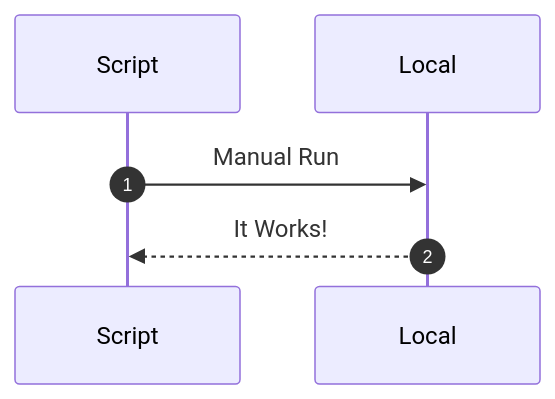
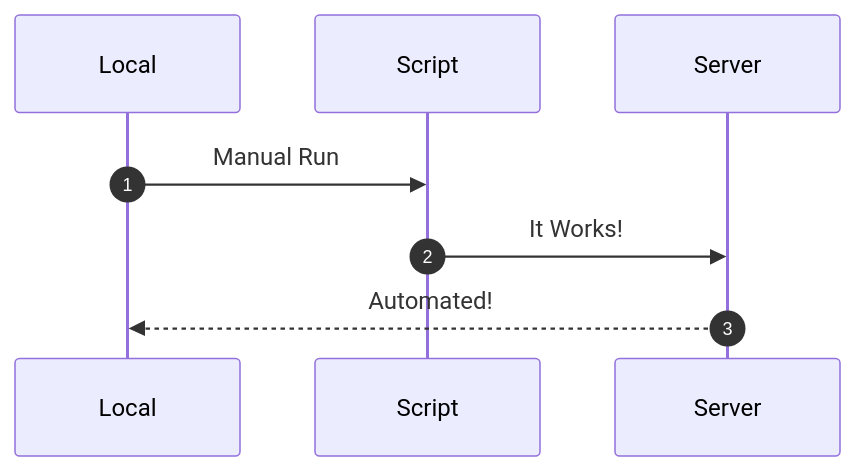
Before and after one commit to imjoseangel/sandbox: the diagram in doc/automation.md, drawn with Mermaid. The commit also changed other lines of this file, not shown here.

Commit message:
add remote

````diff
--- a/doc/automation.md
+++ b/doc/automation.md
@@ -35,6 +37,7 @@
 ```mermaid
 sequenceDiagram
     autonumber
-    Script->>Local: Manual Run
-    Local-->>Script: It Works!
+    Local->>Script: Manual Run
+    Script->>Server: It Works!
+    Server-->>Local: Automated!
 ```
````
